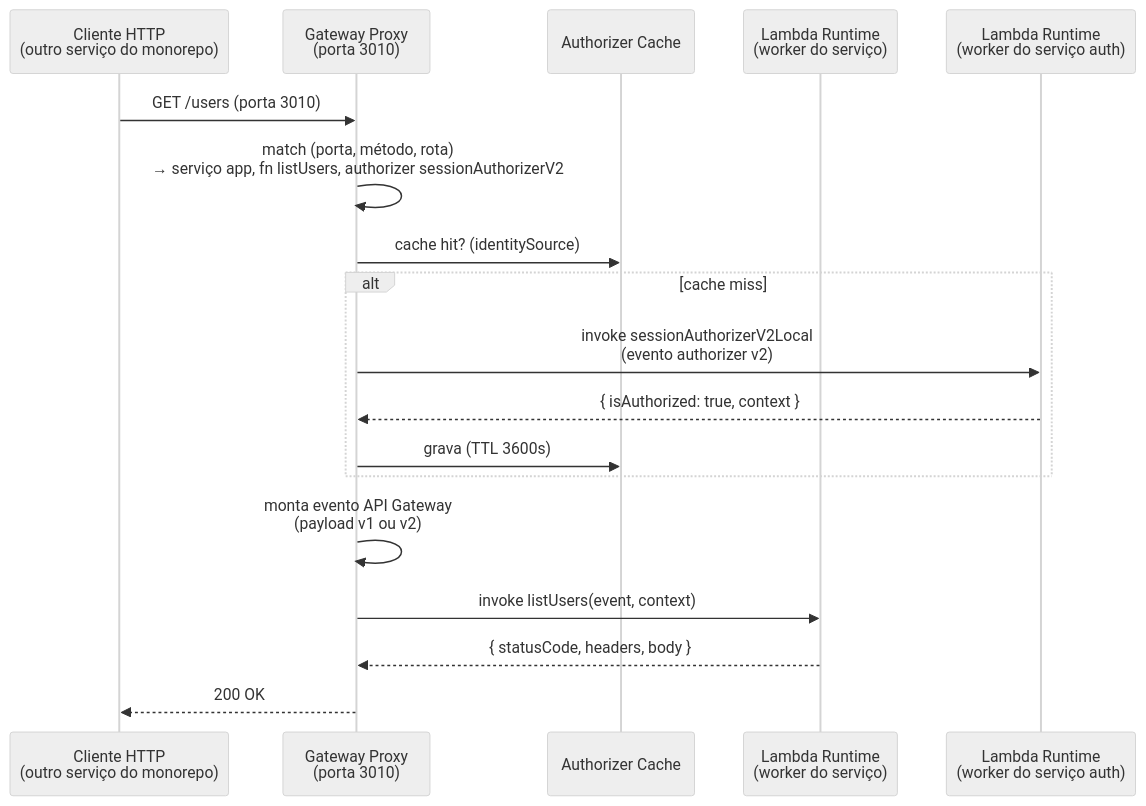
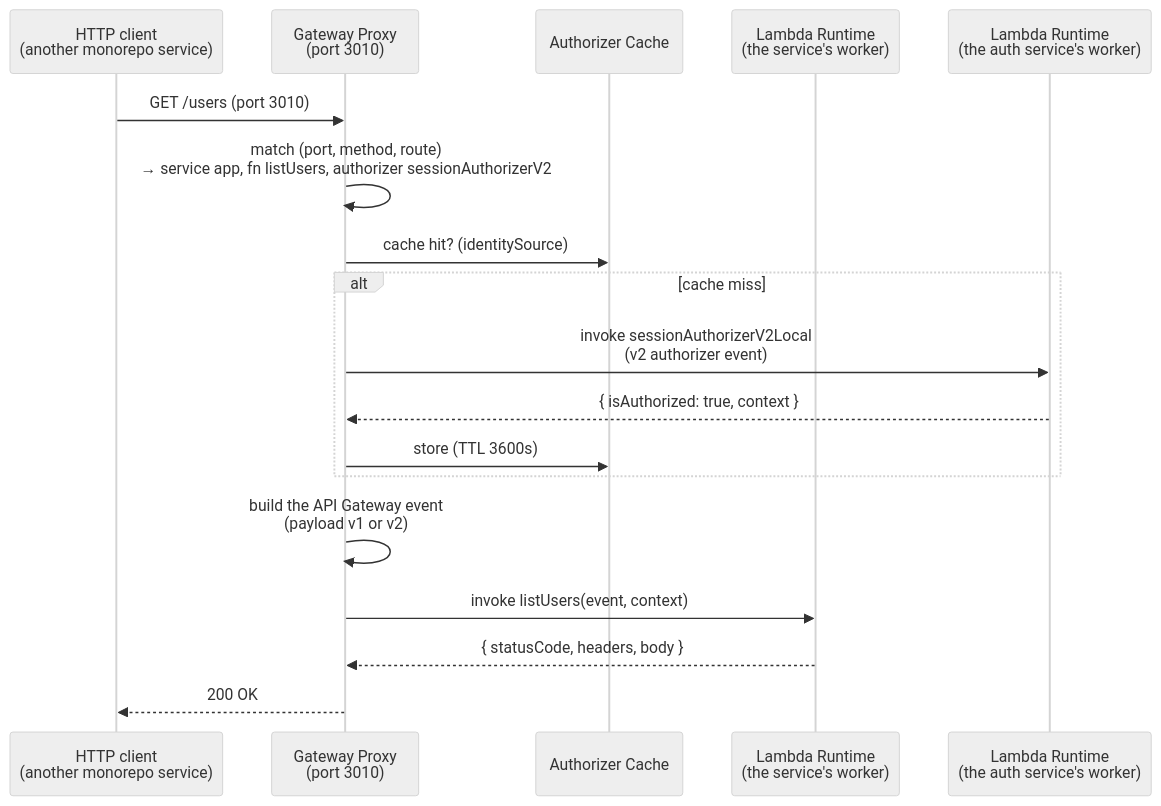
Before and after one commit to Viserion77/local-serverless-stack: the diagram in docs/PRD_API_LAMBDA_EMULATION.md, drawn with Mermaid (neutral theme). The commit also changed other lines of this file and 14 other files, not shown here.

````diff
--- a/docs/PRD_API_LAMBDA_EMULATION.md
+++ b/docs/PRD_API_LAMBDA_EMULATION.md
@@ -54,21 +54,21 @@
 ```mermaid
 sequenceDiagram
-    participant Cliente as Cliente HTTP<br/>(outro serviço do monorepo)
-    participant GW as Gateway Proxy<br/>(porta 3010)
+    participant Client as HTTP client<br/>(another monorepo service)
+    participant GW as Gateway Proxy<br/>(port 3010)
     participant Auth as Authorizer Cache
-    participant RT as Lambda Runtime<br/>(worker do serviço)
-    participant RTAuth as Lambda Runtime<br/>(worker do serviço auth)
+    participant RT as Lambda Runtime<br/>(the service's worker)
+    participant RTAuth as Lambda Runtime<br/>(the auth service's worker)
 
-    Cliente->>GW: GET /users (porta 3010)
-    GW->>GW: match (porta, método, rota)<br/>→ serviço app, fn listUsers, authorizer sessionAuthorizerV2
+    Client->>GW: GET /users (port 3010)
+    GW->>GW: match (port, method, route)<br/>→ service app, fn listUsers, authorizer sessionAuthorizerV2
     GW->>Auth: cache hit? (identitySource)
     alt cache miss
-        GW->>RTAuth: invoke sessionAuthorizerV2Local<br/>(evento authorizer v2)
+        GW->>RTAuth: invoke sessionAuthorizerV2Local<br/>(v2 authorizer event)
         RTAuth-->>GW: { isAuthorized: true, context }
-        GW->>Auth: grava (TTL 3600s)
+        GW->>Auth: store (TTL 3600s)
     end
-    GW->>GW: monta evento API Gateway<br/>(payload v1 ou v2)
+    GW->>GW: build the API Gateway event<br/>(payload v1 or v2)
     GW->>RT: invoke listUsers(event, context)
     RT-->>GW: { statusCode, headers, body }
-    GW-->>Cliente: 200 OK
+    GW-->>Client: 200 OK
 ```
````
